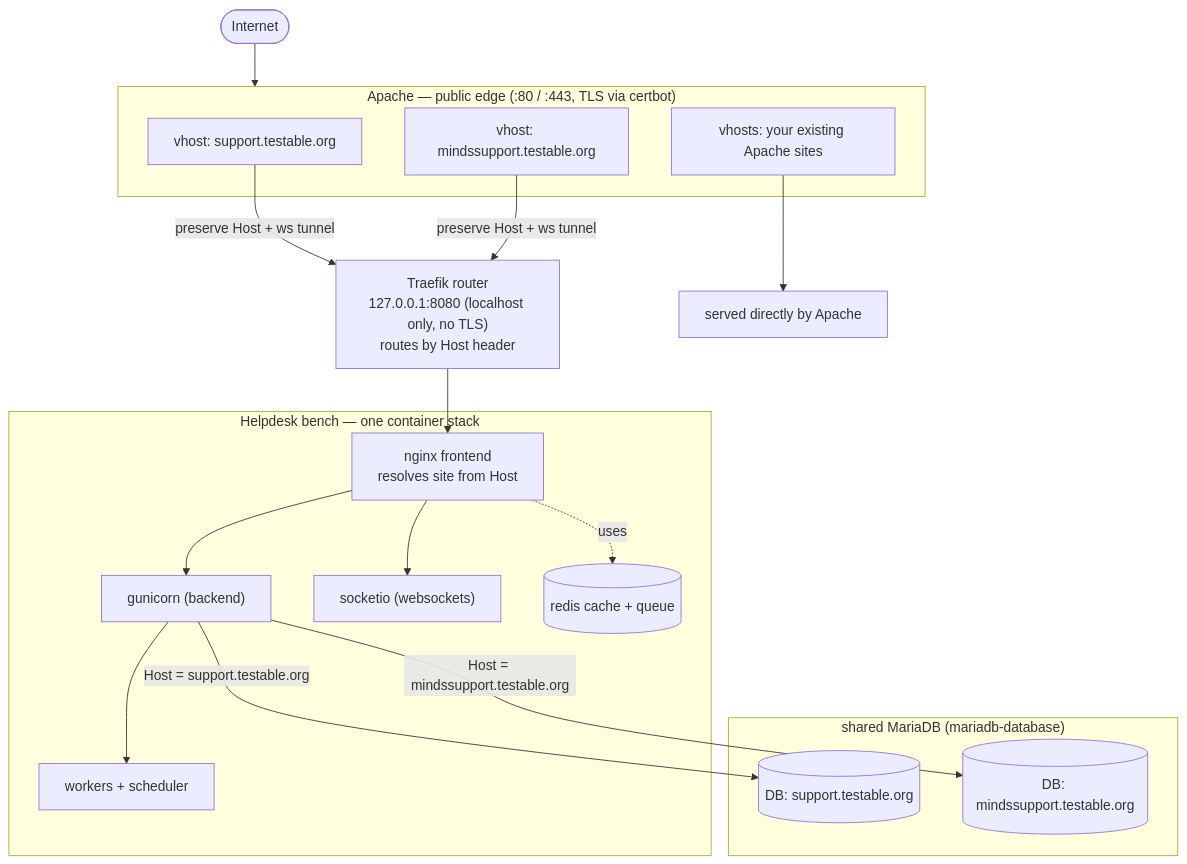
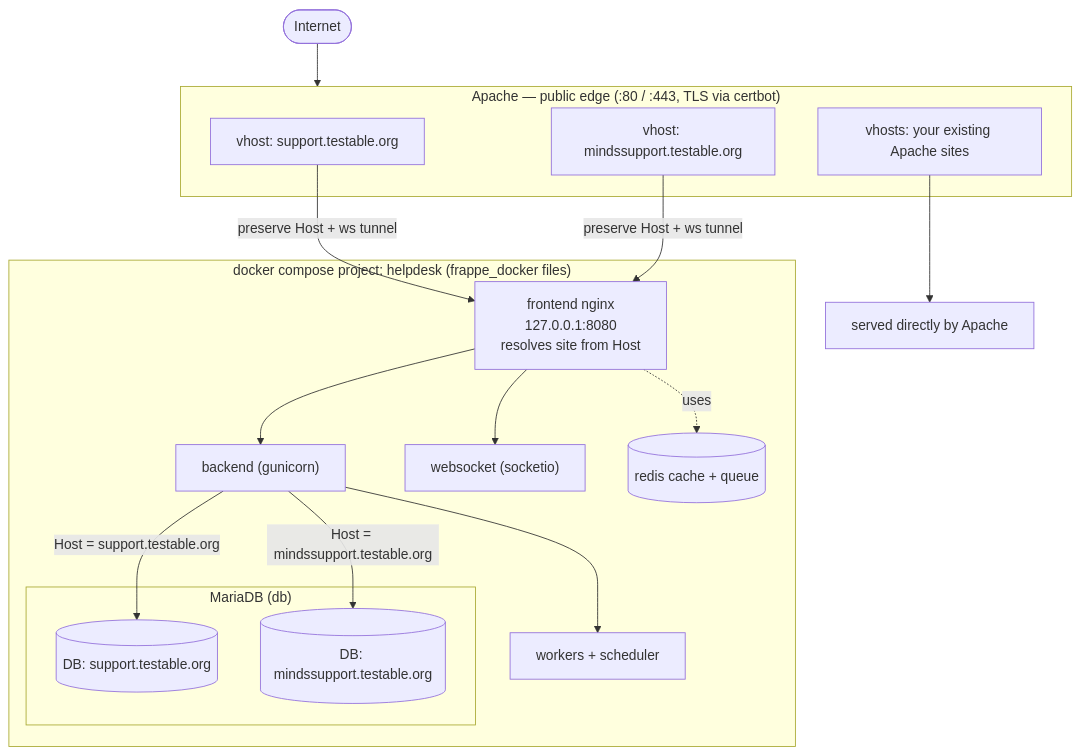
The diagram in README.md (dioneea-sabs/frappe), drawn with Mermaid before and after one commit. The commit also changed other lines of this file and 8 other files, not shown here.

Commit message:
Add initial setup for Frappe Helpdesk: create .env.example, .gitignore, and update README with deployment instructions

````diff
--- a/README.md
+++ b/README.md
@@ -37,39 +49,35 @@
 ```mermaid
 flowchart TD
     net([Internet])
 
-    subgraph edge["Apache — public edge (:80 / :443, TLS via certbot)"]
+    subgraph apache["Apache — public edge (:80 / :443, TLS via certbot)"]
         v1["vhost: support.testable.org"]
         v2["vhost: mindssupport.testable.org"]
         v3["vhosts: your existing Apache sites"]
     end
 
-    traefik["Traefik router<br/>127.0.0.1:8080 (localhost only, no TLS)<br/>routes by Host header"]
-
-    subgraph bench["Helpdesk bench — one container stack"]
-        fe["nginx frontend<br/>resolves site from Host"]
-        gunicorn["gunicorn (backend)"]
-        socketio["socketio (websockets)"]
+    subgraph stack["docker compose project: helpdesk (frappe_docker files)"]
+        fe["frontend nginx<br/>127.0.0.1:8080<br/>resolves site from Host"]
+        gunicorn["backend (gunicorn)"]
+        socketio["websocket (socketio)"]
         workers["workers + scheduler"]
         redis[("redis cache + queue")]
-    end
-
-    subgraph db["shared MariaDB (mariadb-database)"]
-        db1[("DB: support.testable.org")]
-        db2[("DB: mindssupport.testable.org")]
+        subgraph db["MariaDB (db)"]
+            db1[("DB: support.testable.org")]
+            db2[("DB: mindssupport.testable.org")]
+        end
     end
 
     served["served directly by Apache"]
 
-    net --> edge
-    v1 -- "preserve Host + ws tunnel" --> traefik
-    v2 -- "preserve Host + ws tunnel" --> traefik
+    net --> apache
+    v1 -- "preserve Host + ws tunnel" --> fe
+    v2 -- "preserve Host + ws tunnel" --> fe
     v3 --> served
-    traefik --> fe
     fe --> gunicorn
     fe --> socketio
     gunicorn --> workers
     fe -. uses .-> redis
     gunicorn -- "Host = support.testable.org" --> db1
     gunicorn -- "Host = mindssupport.testable.org" --> db2
 ```
````
